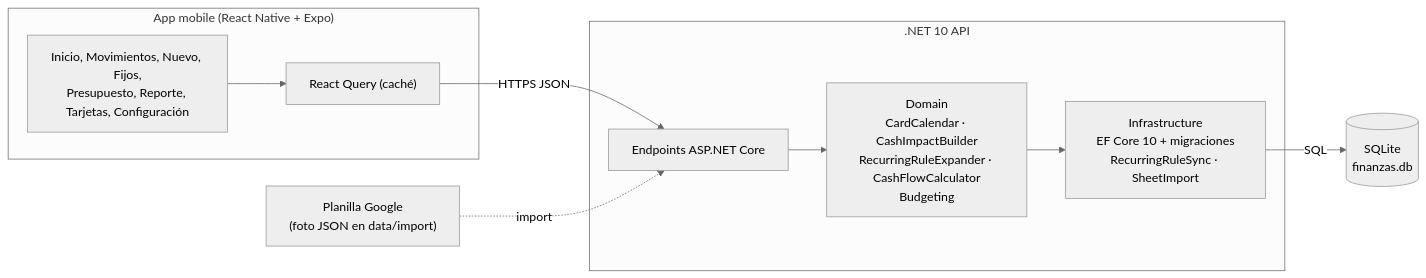
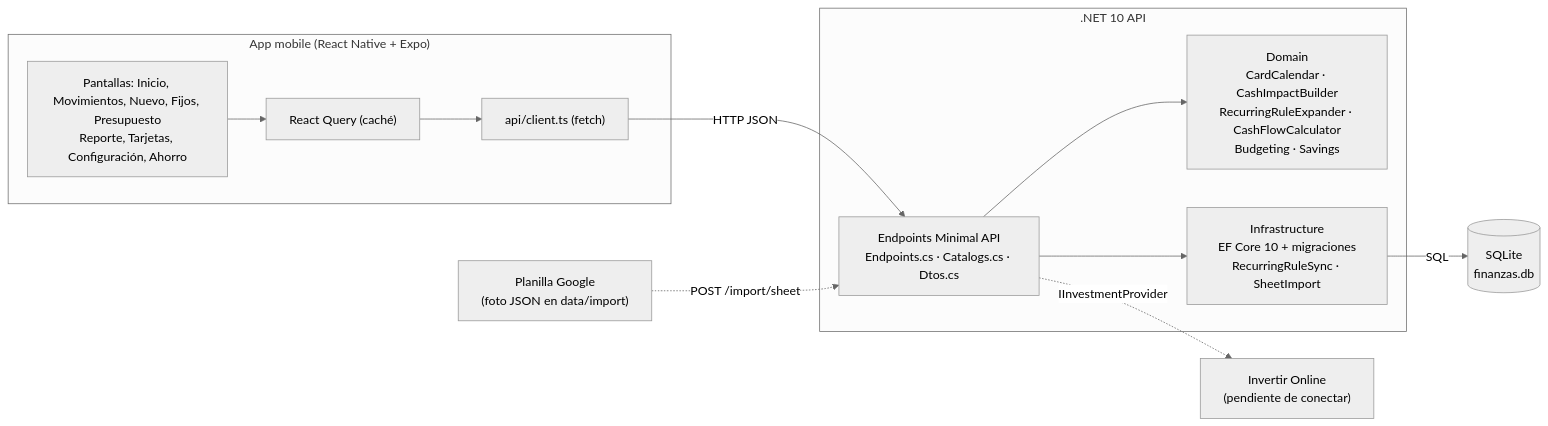
The first of 3 diagrams in docs/arquitectura.md (pmarcore/mis_finanzas_app), drawn with Mermaid (neutral theme) before and after one commit. The commit also changed other lines of this file and 6 other files, not shown here.

First line of the commit message:
Documentación técnica: DER, diagramas de clases, app mobile, tecnologías y desarrollo

````diff
--- a/docs/arquitectura.md
+++ b/docs/arquitectura.md
@@ -5,16 +9,21 @@
 ```mermaid
 flowchart LR
   subgraph Mobile["App mobile (React Native + Expo)"]
-    UI["Inicio, Movimientos, Nuevo, Fijos,<br/>Presupuesto, Reporte, Tarjetas, Configuración"]
+    UI["Pantallas: Inicio, Movimientos, Nuevo, Fijos, Presupuesto<br/>Reporte, Tarjetas, Configuración, Ahorro"]
     RQ["React Query (caché)"]
+    CL["api/client.ts (fetch)"]
   end
   subgraph API[".NET 10 API"]
-    EP["Endpoints ASP.NET Core"]
-    DOM["Domain<br/>CardCalendar · CashImpactBuilder<br/>RecurringRuleExpander · CashFlowCalculator<br/>Budgeting"]
+    EP["Endpoints Minimal API<br/>Endpoints.cs · Catalogs.cs · Dtos.cs"]
+    DOM["Domain<br/>CardCalendar · CashImpactBuilder<br/>RecurringRuleExpander · CashFlowCalculator<br/>Budgeting · Savings"]
     INF["Infrastructure<br/>EF Core 10 + migraciones<br/>RecurringRuleSync · SheetImport"]
   end
   DB[("SQLite<br/>finanzas.db")]
   GS["Planilla Google<br/>(foto JSON en data/import)"]
-  UI --> RQ -->|HTTPS JSON| EP --> DOM --> INF -->|SQL| DB
-  GS -.->|import| EP
+  IOL["Invertir Online<br/>(pendiente de conectar)"]
+  UI --> RQ --> CL -->|HTTP JSON| EP
+  EP --> DOM
+  EP --> INF -->|SQL| DB
+  GS -.->|POST /import/sheet| EP
+  EP -.->|IInvestmentProvider| IOL
 ```
````
